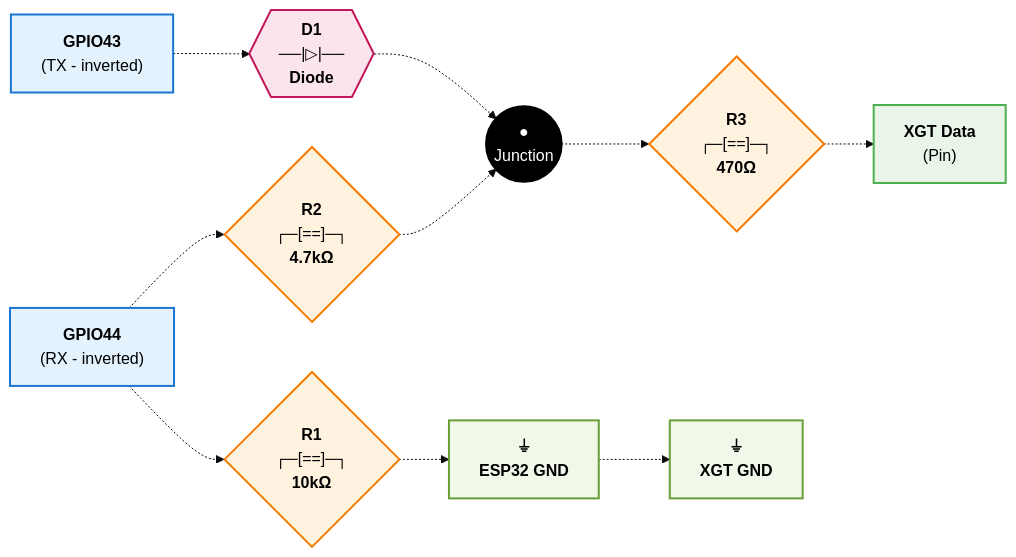
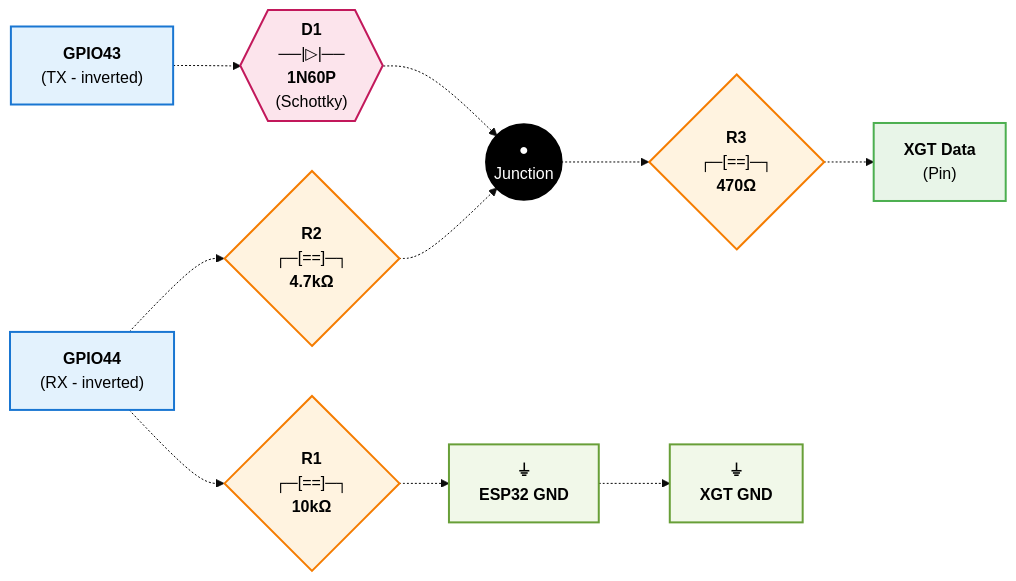
The diagram in README.md (clowrey/ESPHome-XGT), drawn with Mermaid (base theme) before and after one commit. The commit also changed other lines of this file, not shown here.

````diff
--- a/README.md
+++ b/README.md
@@ -40,65 +40,66 @@
 ```mermaid
 flowchart LR
     %% ESP32 Pins
     TX["`**GPIO43**
     (TX - inverted)`"]
     RX["`**GPIO44** 
     (RX - inverted)`"]
     
     %% Interface Components
     R1{"`**R1**
     ┌─[==]─┐
     **10kΩ**`"}
     
     R2{"`**R2**
     ┌─[==]─┐
     **4.7kΩ**`"}
     
     R3{"`**R3**
     ┌─[==]─┐
     **470Ω**`"}
     
     D1{{"`**D1**
     ──|▷|──
-    **Diode**`"}}
+    **1N60P**
+    (Schottky)`"}}
     
     %% Connection Points
     MID(("`**●**
     Junction`"))
     
     %% XGT Battery
     DATA["`**XGT Data**
     (Pin)`"]
     
     %% Ground Symbols
     GND_ESP["`**⏚**
     **ESP32 GND**`"]
     GND_XGT["`**⏚**
     **XGT GND**`"]
     
     %% Connections with better spacing
     TX -.-> D1
     D1 -.-> MID
     RX -.-> R2
     R2 -.-> MID
     RX -.-> R1
     R1 -.-> GND_ESP
     MID -.-> R3
     R3 -.-> DATA
     GND_ESP -.-> GND_XGT
     
     %% Styling
     classDef pinStyle fill:#e3f2fd,stroke:#1976d2,stroke-width:2px,color:#000
     classDef resistorStyle fill:#fff3e0,stroke:#f57c00,stroke-width:2px,color:#000
     classDef diodeStyle fill:#fce4ec,stroke:#c2185b,stroke-width:2px,color:#000
     classDef junctionStyle fill:#000,stroke:#000,stroke-width:3px,color:#fff
     classDef groundStyle fill:#f1f8e9,stroke:#689f38,stroke-width:2px,color:#000
     classDef dataStyle fill:#e8f5e8,stroke:#4caf50,stroke-width:2px,color:#000
     
     class TX,RX pinStyle
     class R1,R2,R3 resistorStyle
     class D1 diodeStyle
     class MID junctionStyle
     class GND_ESP,GND_XGT groundStyle
     class DATA dataStyle
 ```
````
